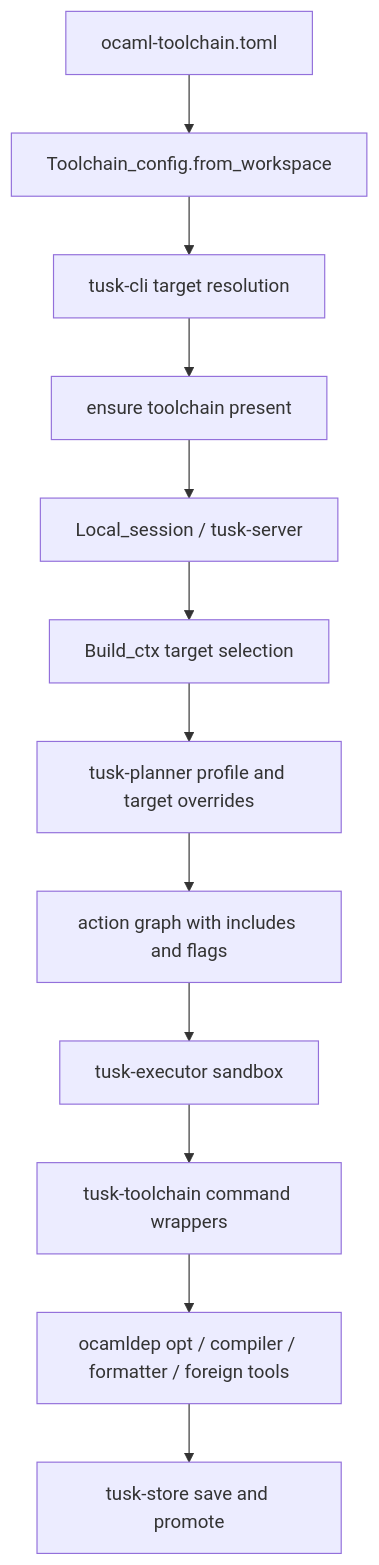
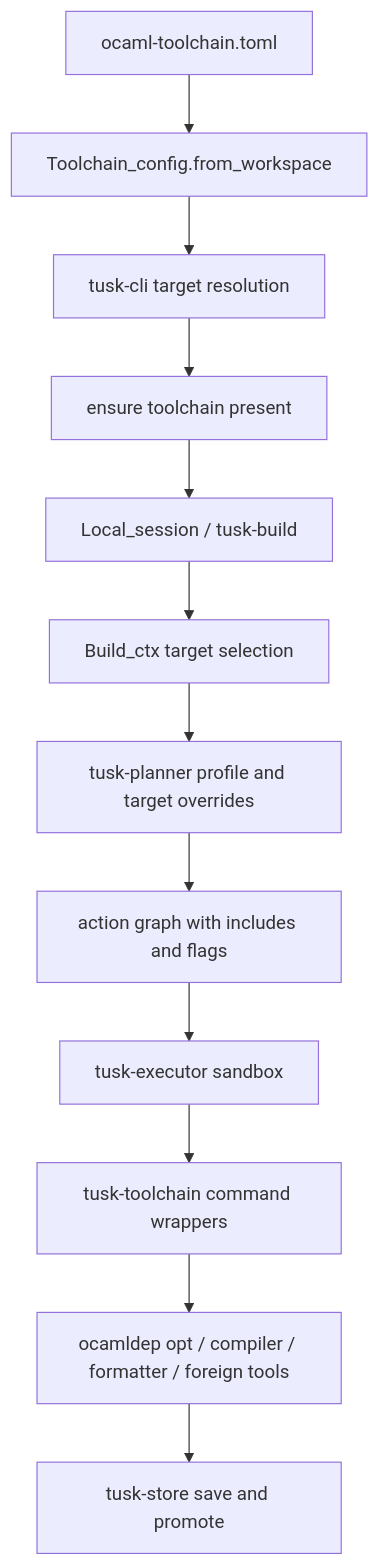
Before and after one commit to leostera/riot-lang: the diagram in docs/rfds/RFD0009-tusk-toolchain-system-snapshot.md, drawn with Mermaid. The commit also changed other lines of this file and 5 other files, not shown here.

Commit message:
docs(rfds): update code reference to tusk-server -> tusk-build

````diff
--- a/docs/rfds/RFD0009-tusk-toolchain-system-snapshot.md
+++ b/docs/rfds/RFD0009-tusk-toolchain-system-snapshot.md
@@ -88,14 +88,14 @@
 ```mermaid
 flowchart TD
   A[ocaml-toolchain.toml] --> B[Toolchain_config.from_workspace]
   B --> C[tusk-cli target resolution]
   C --> D[ensure toolchain present]
-  D --> E[Local_session / tusk-server]
+  D --> E[Local_session / tusk-build]
   E --> F[Build_ctx target selection]
   F --> G[tusk-planner profile and target overrides]
   G --> H[action graph with includes and flags]
   H --> I[tusk-executor sandbox]
   I --> J[tusk-toolchain command wrappers]
   J --> K[ocamldep opt / compiler / formatter / foreign tools]
   K --> L[tusk-store save and promote]
 ```
````
